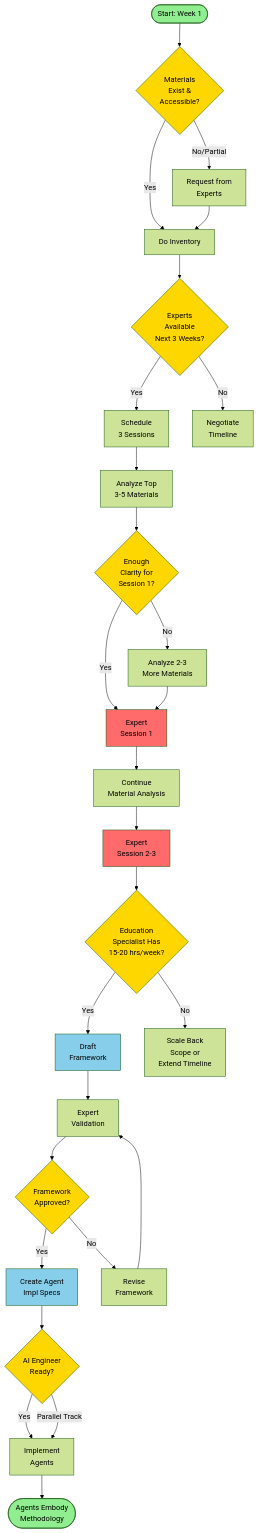
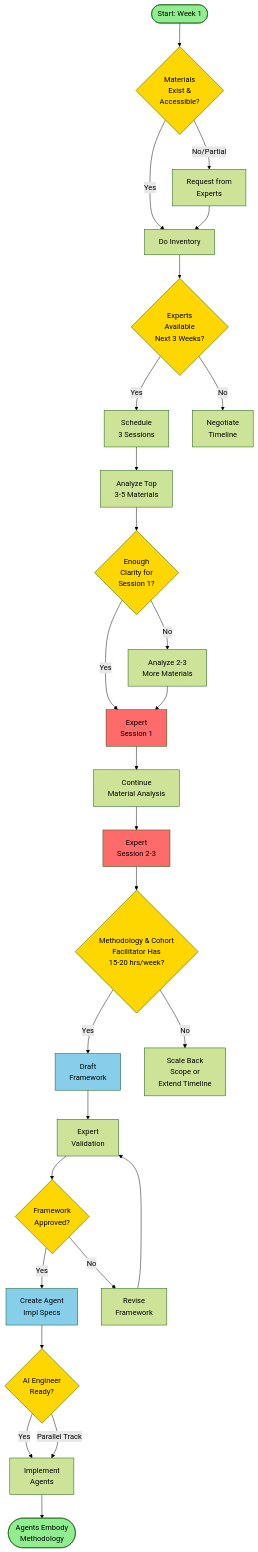
The seventh of 10 diagrams in docs/VISUAL-ROADMAP.md (thedakr/ventre_prod_pi), drawn with Mermaid (forest theme) before and after one commit. The commit also changed other lines of this file and 2 other files, not shown here.

First line of the commit message:
Update phase structure to Phase 1-6 with calendar dates and timeline flexibility

````diff
--- a/docs/VISUAL-ROADMAP.md
+++ b/docs/VISUAL-ROADMAP.md
@@ -351,61 +351,61 @@
 ```mermaid
 flowchart TD
     Start([Start: Week 1]) --> D1{Materials<br/>Exist &<br/>Accessible?}
 
     D1 -->|Yes| Inventory[Do Inventory]
     D1 -->|No/Partial| GetMaterials[Request from<br/>Experts]
 
     GetMaterials --> Inventory
 
     Inventory --> D2{Experts<br/>Available<br/>Next 3 Weeks?}
 
     D2 -->|Yes| Schedule[Schedule<br/>3 Sessions]
     D2 -->|No| Negotiate[Negotiate<br/>Timeline]
 
     Schedule --> Analyze1[Analyze Top<br/>3-5 Materials]
 
     Analyze1 --> D3{Enough<br/>Clarity for<br/>Session 1?}
 
     D3 -->|Yes| ExpertS1[Expert<br/>Session 1]
     D3 -->|No| AnalyzeMore[Analyze 2-3<br/>More Materials]
 
     AnalyzeMore --> ExpertS1
 
     ExpertS1 --> ContinueAnalysis[Continue<br/>Material Analysis]
 
     ContinueAnalysis --> ExpertS2[Expert<br/>Session 2-3]
 
-    ExpertS2 --> D4{Education<br/>Specialist Has<br/>15-20 hrs/week?}
+    ExpertS2 --> D4{Methodology & Cohort<br/>Facilitator Has<br/>15-20 hrs/week?}
 
     D4 -->|Yes| DraftFramework[Draft<br/>Framework]
     D4 -->|No| ScaleBack[Scale Back<br/>Scope or<br/>Extend Timeline]
 
     DraftFramework --> Validate[Expert<br/>Validation]
 
     Validate --> D5{Framework<br/>Approved?}
 
     D5 -->|Yes| CreateSpecs[Create Agent<br/>Impl Specs]
     D5 -->|No| Revise[Revise<br/>Framework]
 
     Revise --> Validate
 
     CreateSpecs --> D6{AI Engineer<br/>Ready?}
 
     D6 -->|Yes| Implement[Implement<br/>Agents]
     D6 -->|Parallel Track| Implement
 
     Implement --> End([Agents Embody<br/>Methodology])
 
     style Start fill:#90EE90
     style End fill:#90EE90
     style D1 fill:#FFD700
     style D2 fill:#FFD700
     style D3 fill:#FFD700
     style D4 fill:#FFD700
     style D5 fill:#FFD700
     style D6 fill:#FFD700
     style ExpertS1 fill:#FF6B6B
     style ExpertS2 fill:#FF6B6B
     style DraftFramework fill:#87CEEB
     style CreateSpecs fill:#87CEEB
 ```
````
